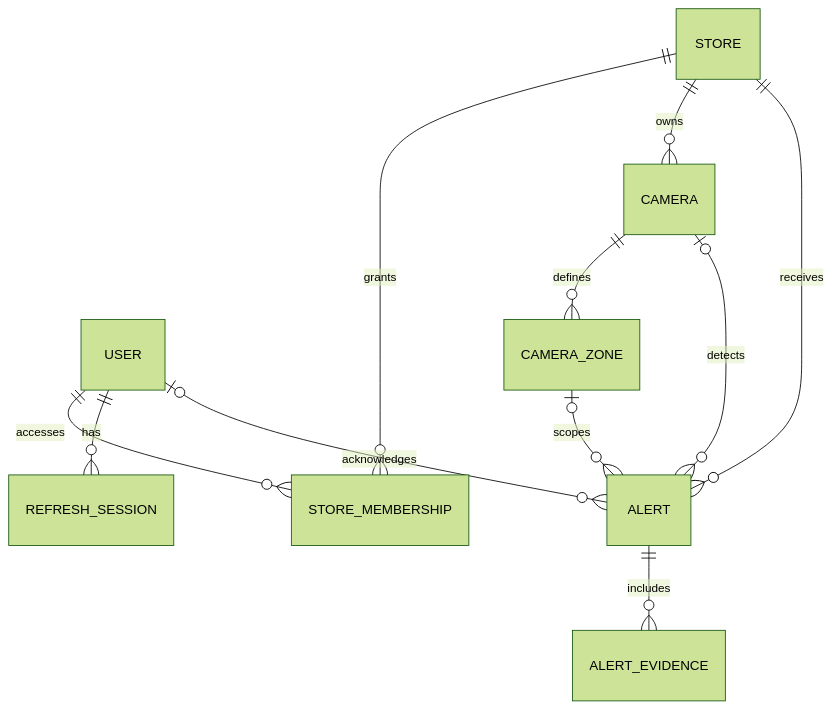
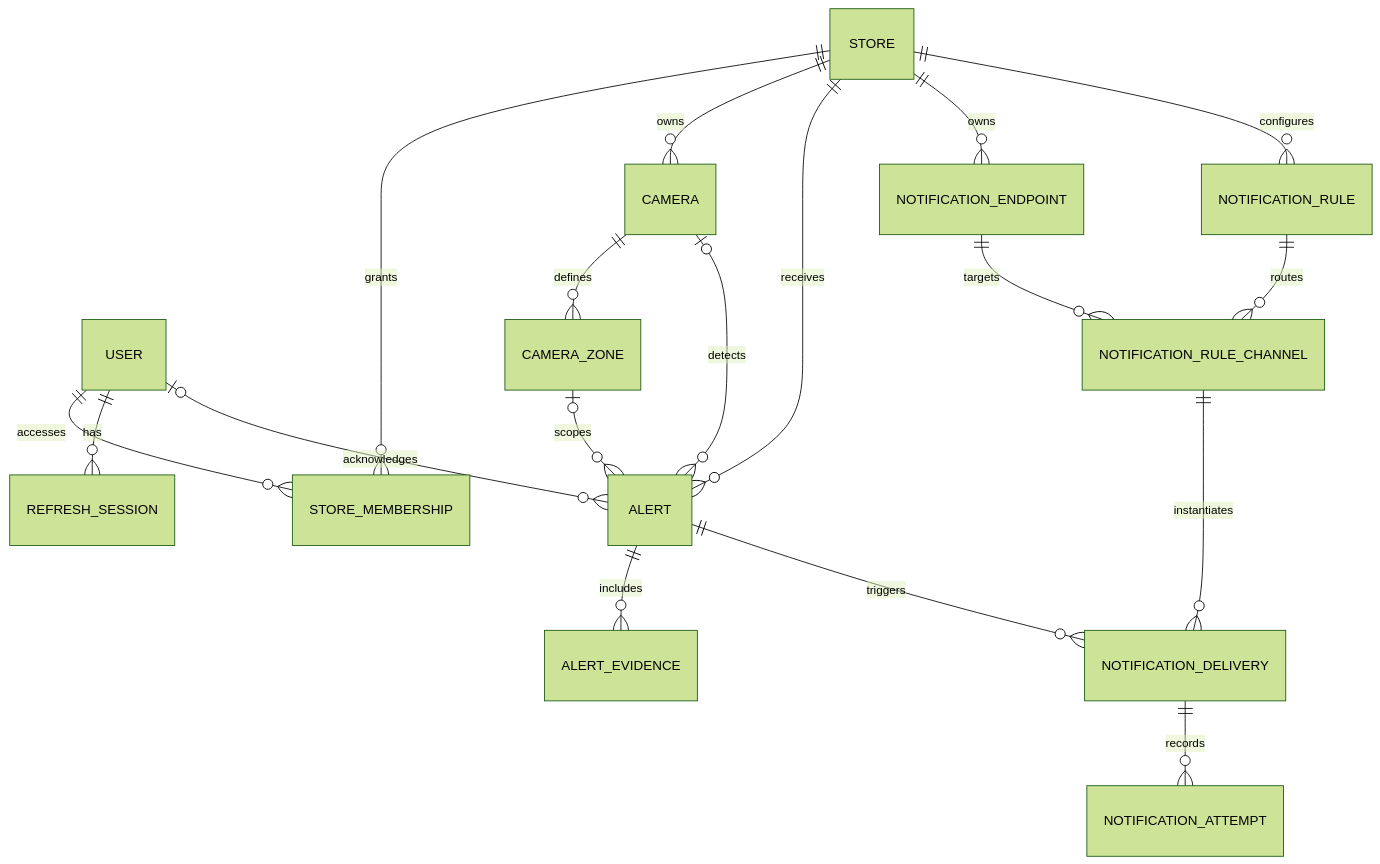
The diagram in docs/database-design.md (qthinhbk/Liquor-store), drawn with Mermaid (forest theme) before and after one commit. The commit also changed other lines of this file and 31 other files, not shown here.

Commit message:
Add emergency notification delivery pipeline

````diff
--- a/docs/database-design.md
+++ b/docs/database-design.md
@@ -15,13 +15,20 @@
 ```mermaid
 erDiagram
   USER ||--o{ STORE_MEMBERSHIP : accesses
   STORE ||--o{ STORE_MEMBERSHIP : grants
   STORE ||--o{ CAMERA : owns
   CAMERA ||--o{ CAMERA_ZONE : defines
   STORE ||--o{ ALERT : receives
   CAMERA o|--o{ ALERT : detects
   CAMERA_ZONE o|--o{ ALERT : scopes
   ALERT ||--o{ ALERT_EVIDENCE : includes
   USER ||--o{ REFRESH_SESSION : has
   USER o|--o{ ALERT : acknowledges
+  STORE ||--o{ NOTIFICATION_ENDPOINT : owns
+  STORE ||--o{ NOTIFICATION_RULE : configures
+  NOTIFICATION_RULE ||--o{ NOTIFICATION_RULE_CHANNEL : routes
+  NOTIFICATION_ENDPOINT ||--o{ NOTIFICATION_RULE_CHANNEL : targets
+  NOTIFICATION_RULE_CHANNEL ||--o{ NOTIFICATION_DELIVERY : instantiates
+  ALERT ||--o{ NOTIFICATION_DELIVERY : triggers
+  NOTIFICATION_DELIVERY ||--o{ NOTIFICATION_ATTEMPT : records
 ```
````
